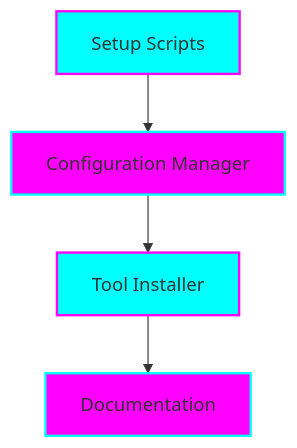
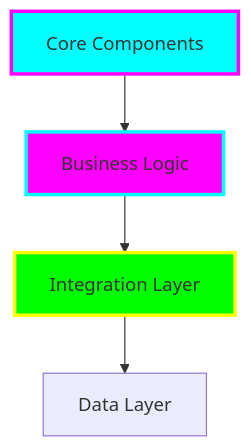
Before and after one commit to tiation/ubuntu-dev-setup: the diagram in README.md, drawn with Mermaid. The commit also changed other lines of this file, not shown here.

First line of the commit message:
📚 Enterprise-grade README makeover with professional branding and documentation

````diff
--- a/README.md
+++ b/README.md
@@ -38,11 +33,10 @@
 ```mermaid
 graph TB
-    A[Setup Scripts] --> B[Configuration Manager]
-    B --> C[Tool Installer]
-    C --> D[Documentation]
+    A[Core Components] --> B[Business Logic]
+    B --> C[Integration Layer]
+    C --> D[Data Layer]
     
-    style A fill:#00ffff,stroke:#ff00ff,stroke-width:2px
-    style B fill:#ff00ff,stroke:#00ffff,stroke-width:2px
-    style C fill:#00ffff,stroke:#ff00ff,stroke-width:2px
-    style D fill:#ff00ff,stroke:#00ffff,stroke-width:2px
+    style A fill:#00ffff,stroke:#ff00ff,stroke-width:3px
+    style B fill:#ff00ff,stroke:#00ffff,stroke-width:3px
+    style C fill:#00ff00,stroke:#ffff00,stroke-width:3px
 ```
````
